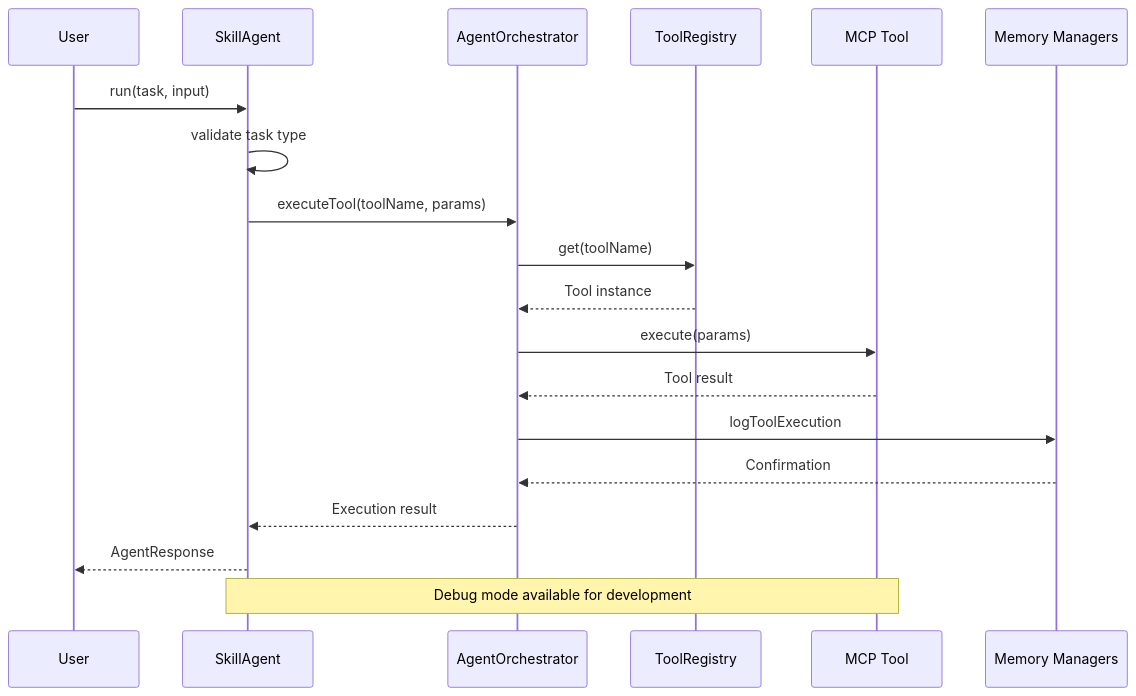
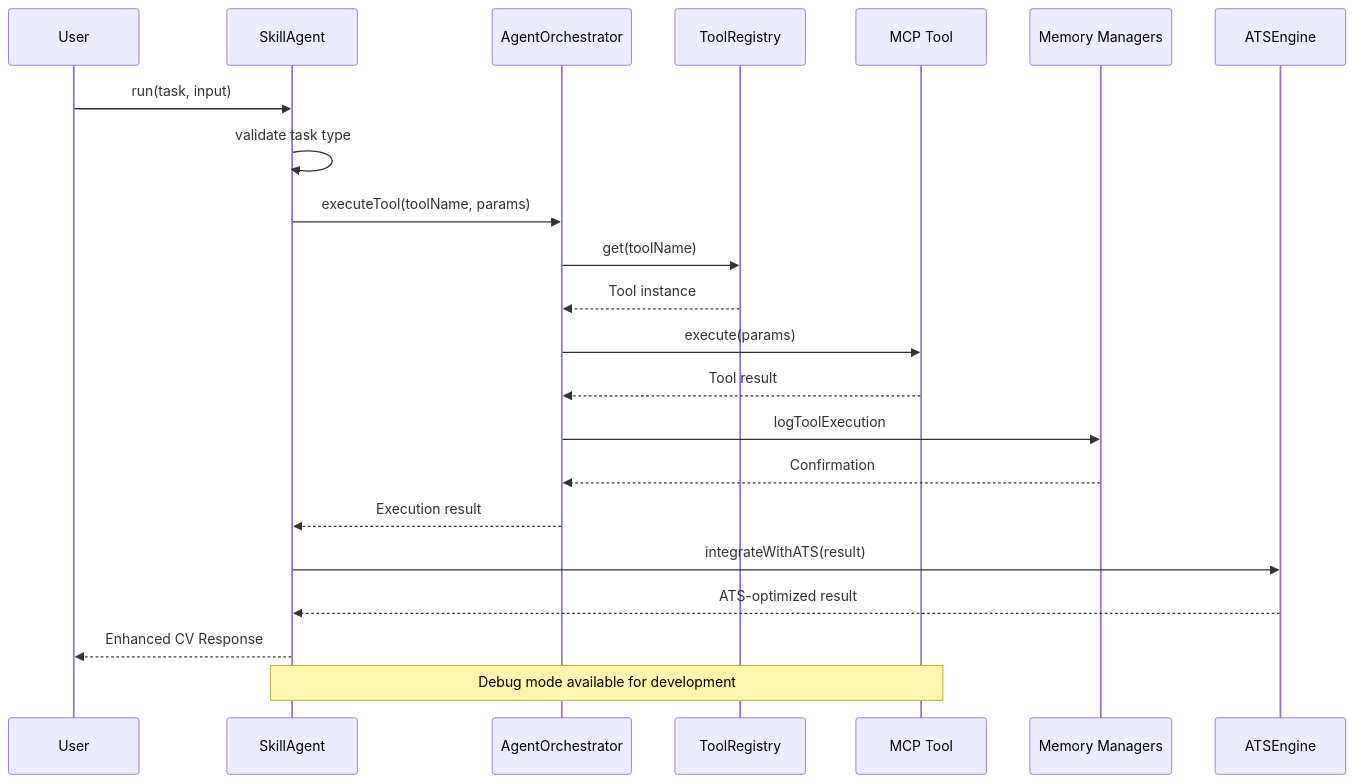
The seventh of 10 diagrams in .qoder/repowiki/en/content/User Interface Components/Standalone CV Builder.md (DoVuDung/cv-portfolio-builder), drawn with Mermaid before and after one commit. The commit also changed other lines of this file and 4 other files, not shown here.

````diff
--- a/.qoder/repowiki/en/content/User Interface Components/Standalone CV Builder.md
+++ b/.qoder/repowiki/en/content/User Interface Components/Standalone CV Builder.md
@@ -306,21 +366,24 @@
 ```mermaid
 sequenceDiagram
 participant User as User
 participant Agent as SkillAgent
 participant Orchestrator as AgentOrchestrator
 participant Registry as ToolRegistry
 participant Tool as MCP Tool
 participant Memory as Memory Managers
+participant ATSEngine as ATSEngine
 User->>Agent : run(task, input)
 Agent->>Agent : validate task type
 Agent->>Orchestrator : executeTool(toolName, params)
 Orchestrator->>Registry : get(toolName)
 Registry-->>Orchestrator : Tool instance
 Orchestrator->>Tool : execute(params)
 Tool-->>Orchestrator : Tool result
 Orchestrator->>Memory : logToolExecution
 Memory-->>Orchestrator : Confirmation
 Orchestrator-->>Agent : Execution result
-Agent-->>User : AgentResponse
+Agent->>ATSEngine : integrateWithATS(result)
+ATSEngine-->>Agent : ATS-optimized result
+Agent-->>User : Enhanced CV Response
 Note over Agent,Tool : Debug mode available for development
 ```
````
